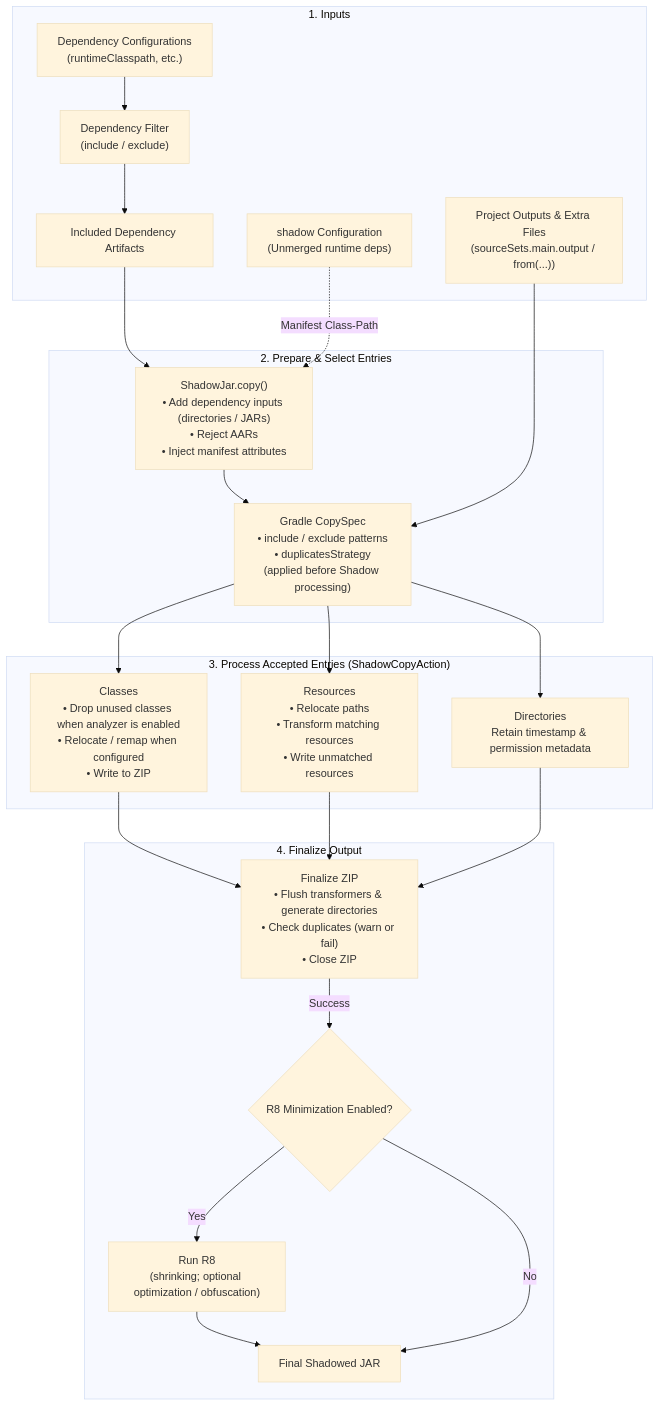
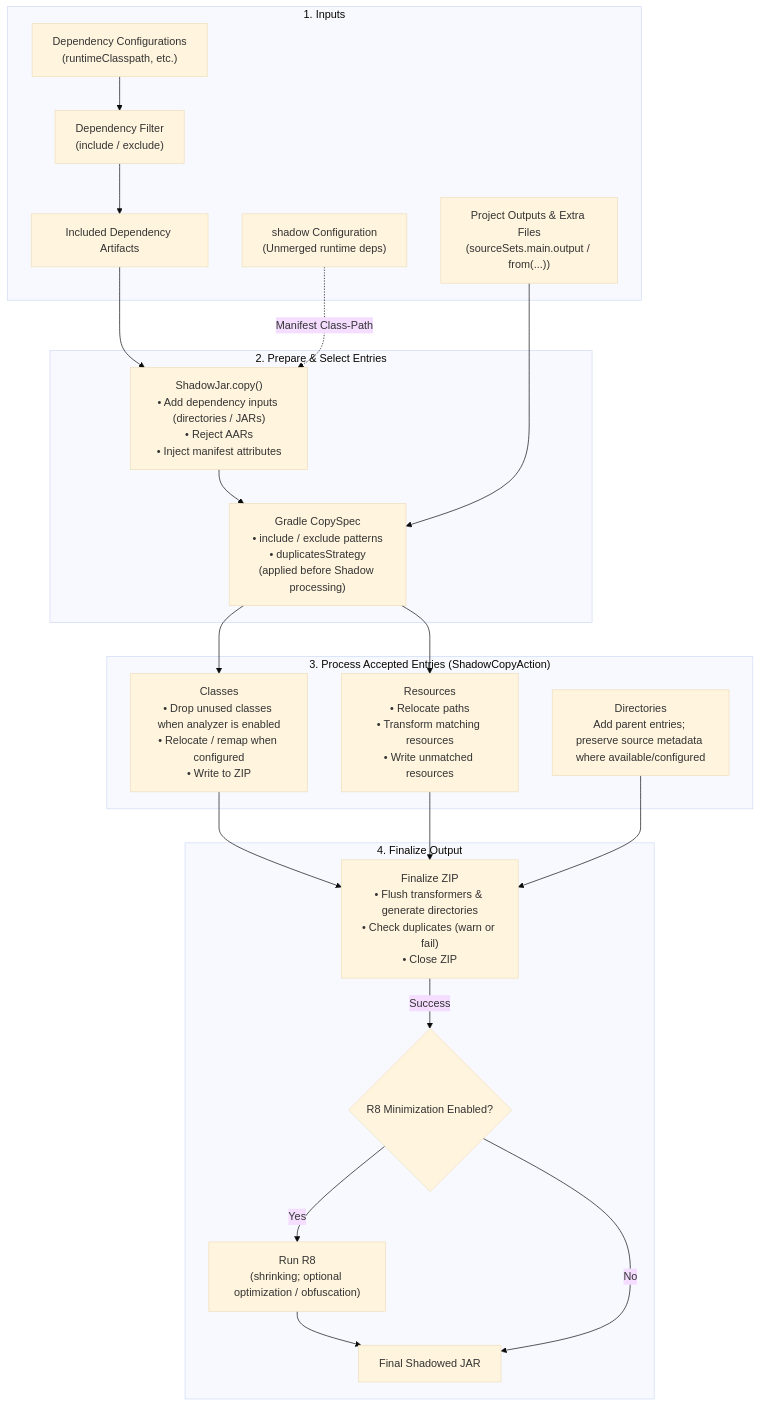
Before and after one commit to GradleUp/shadow: the diagram in docs/configuration/README.md, drawn with Mermaid (base theme).

Commit message:
Potential fix for pull request finding

````diff
--- a/docs/configuration/README.md
+++ b/docs/configuration/README.md
@@ -11,42 +11,42 @@
 ```mermaid
 flowchart TD
     subgraph Inputs["1. Inputs"]
         A1["Project Outputs & Extra Files<br/>(sourceSets.main.output / from(...))"]
         A2["Dependency Configurations<br/>(runtimeClasspath, etc.)"]
         A3["shadow Configuration<br/>(Unmerged runtime deps)"]
         A2 --> A4["Dependency Filter<br/>(include / exclude)"]
         A4 --> A5["Included Dependency Artifacts"]
     end
 
     subgraph Assembly["2. Prepare & Select Entries"]
         B1["ShadowJar.copy()<br/>• Add dependency inputs (directories / JARs)<br/>• Reject AARs<br/>• Inject manifest attributes"]
         A5 --> B1
         A3 -.->|"Manifest Class-Path"| B1
         B1 --> B2["Gradle CopySpec<br/>• include / exclude patterns<br/>• duplicatesStrategy<br/>(applied before Shadow processing)"]
         A1 --> B2
     end
 
     subgraph Processing["3. Process Accepted Entries (ShadowCopyAction)"]
         B2 --> C1["Classes<br/>• Drop unused classes when analyzer is enabled<br/>• Relocate / remap when configured<br/>• Write to ZIP"]
         B2 --> C2["Resources<br/>• Relocate paths<br/>• Transform matching resources<br/>• Write unmatched resources"]
-        B2 --> C3["Directories<br/>Retain timestamp & permission metadata"]
+        C3["Directories<br/>Add parent entries; preserve source metadata where available/configured"]
     end
 
     subgraph Finalization["4. Finalize Output"]
         C1 & C2 & C3 --> D1["Finalize ZIP<br/>• Flush transformers & generate directories<br/>• Check duplicates (warn or fail)<br/>• Close ZIP"]
         D1 -->|"Success"| D4{"R8 Minimization Enabled?"}
         D4 -->|"Yes"| D5["Run R8<br/>(shrinking; optional optimization / obfuscation)"]
         D5 --> D6["Final Shadowed JAR"]
         D4 -->|"No"| D6
     end
 
     click A2 href "../api/shadow/com.github.jengelman.gradle.plugins.shadow.tasks/-shadow-jar/configurations.html" "ShadowJar.configurations"
     click A3 href "../api/shadow/com.github.jengelman.gradle.plugins.shadow/-shadow-base-plugin/-companion/-c-o-n-f-i-g-u-r-a-t-i-o-n_-n-a-m-e.html" "ShadowBasePlugin.CONFIGURATION_NAME"
     click A5 href "../api/shadow/com.github.jengelman.gradle.plugins.shadow.tasks/-shadow-jar/included-dependencies.html" "ShadowJar.includedDependencies"
     click A4 href "../api/shadow/com.github.jengelman.gradle.plugins.shadow.tasks/-shadow-jar/dependencies.html" "ShadowJar.dependencies"
     click B2 href "../api/shadow/com.github.jengelman.gradle.plugins.shadow.tasks/-shadow-jar/get-duplicates-strategy.html" "ShadowJar.duplicatesStrategy"
     click C1 href "../api/shadow/com.github.jengelman.gradle.plugins.shadow.tasks/-shadow-jar/minimize.html" "ShadowJar.minimize"
     click C2 href "../api/shadow/com.github.jengelman.gradle.plugins.shadow.tasks/-shadow-jar/transformers.html" "ShadowJar.transformers"
     click D1 href "../api/shadow/com.github.jengelman.gradle.plugins.shadow.tasks/-shadow-jar/fail-on-duplicate-entries.html" "ShadowJar.failOnDuplicateEntries"
     click D5 href "../api/shadow/com.github.jengelman.gradle.plugins.shadow.tasks/-r8-spec/index.html" "R8Spec"
 ```
````
